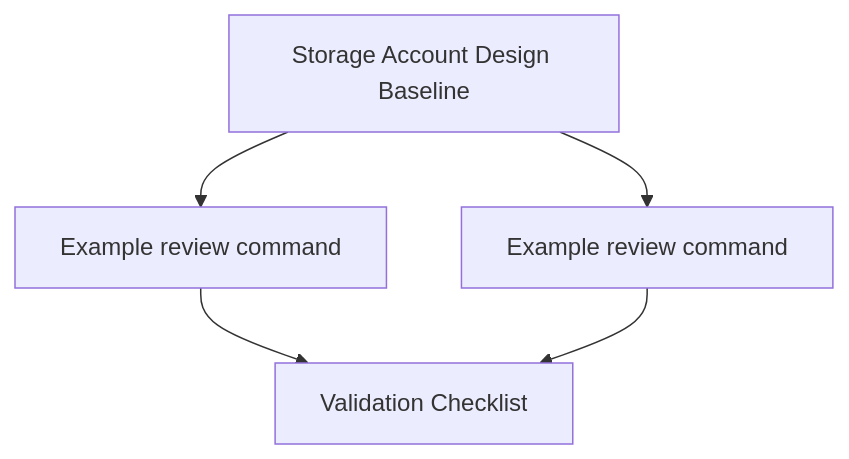
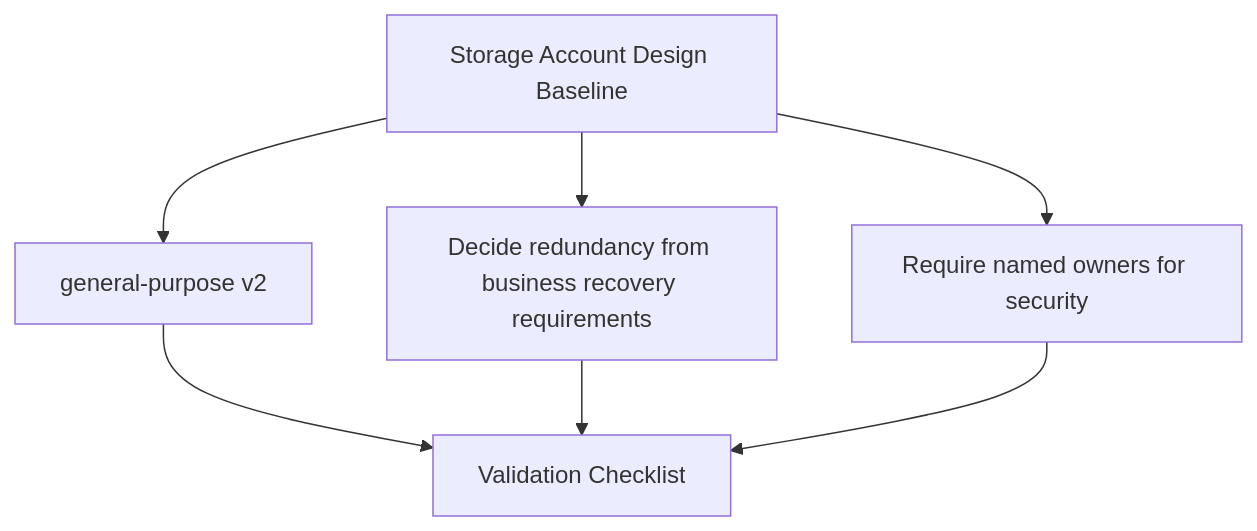
The diagram in docs/best-practices/storage-account-design-baseline.md (yeongseon/azure-storage-practical-guide), drawn with Mermaid before and after one commit. The commit also changed 2 other files, not shown here.

Commit message:
fix: rebuild BP diagrams from actual practice bullets, not example-command headings

````diff
--- a/docs/best-practices/storage-account-design-baseline.md
+++ b/docs/best-practices/storage-account-design-baseline.md
@@ -29,11 +29,14 @@
 ```mermaid
 flowchart TD
     T["Storage Account Design Baseline"]
-    P1["Example review command"]
+    P1["general-purpose v2"]
     T --> P1
-    P2["Example review command"]
+    P2["Decide redundancy from business recovery requirements"]
     T --> P2
+    P3["Require named owners for security"]
+    T --> P3
     V["Validation Checklist"]
     P1 --> V
     P2 --> V
+    P3 --> V
 ```
````
